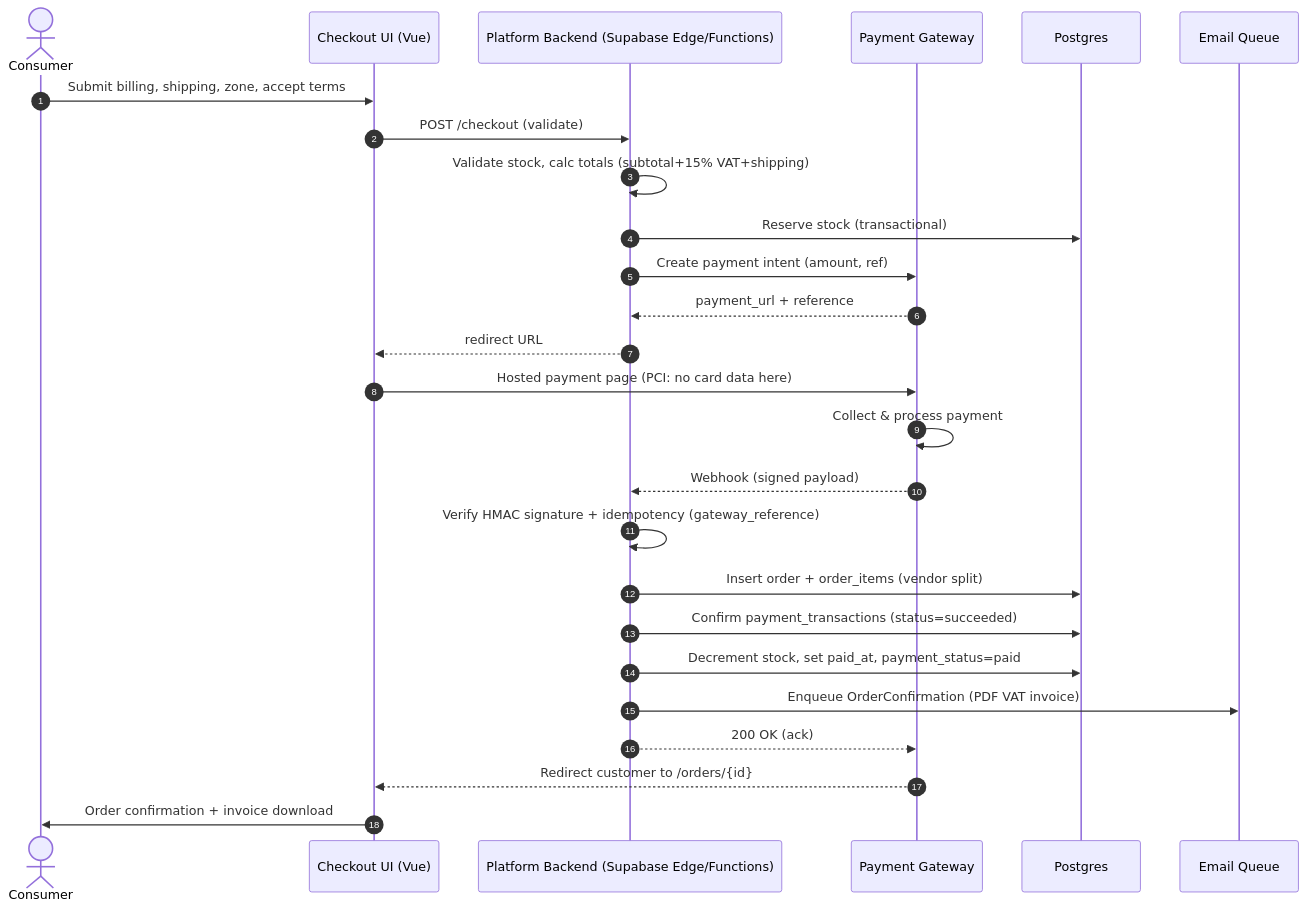
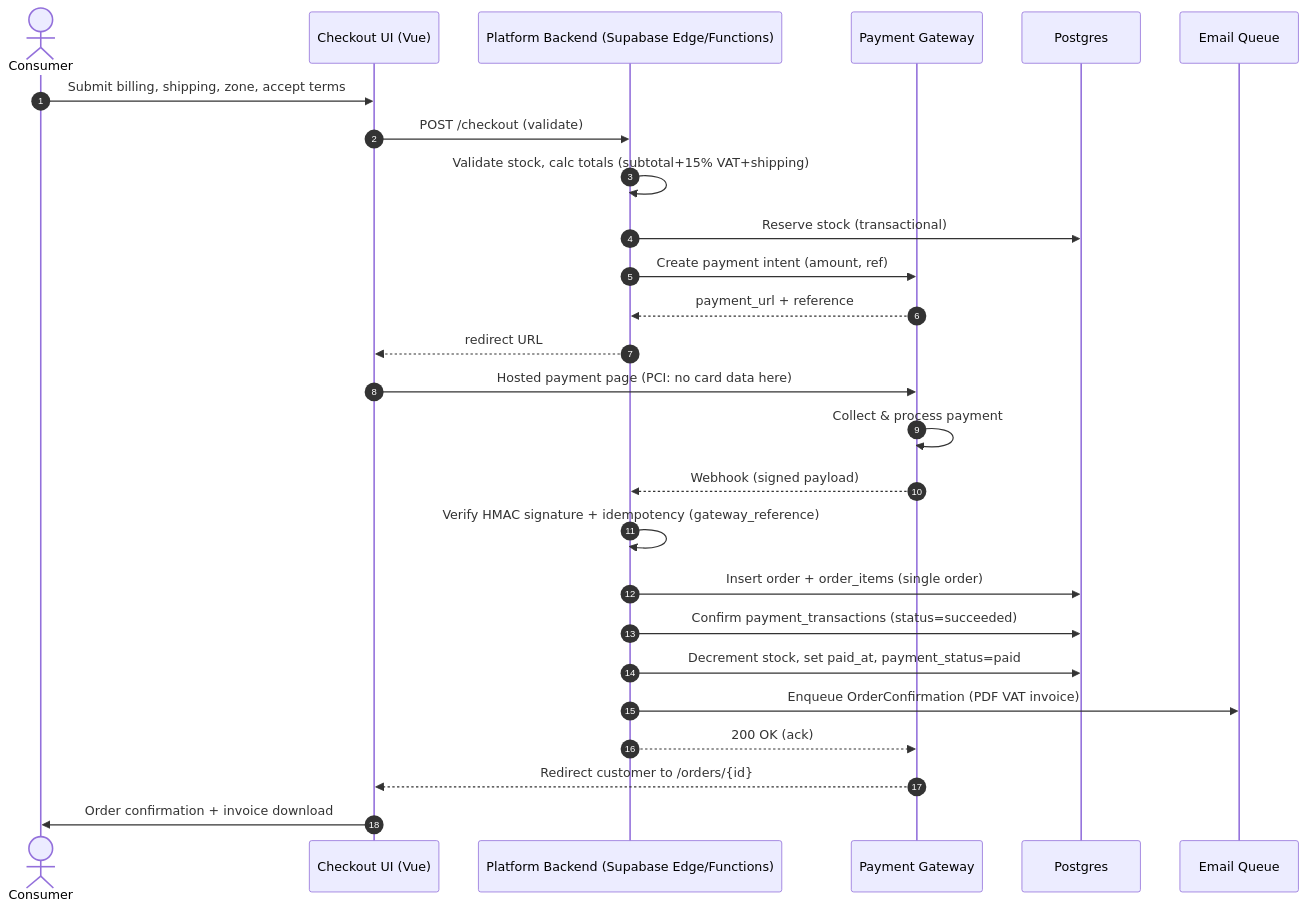
The third of 4 diagrams in uml/uml.md (Uvaancovie/south-african-furniture), drawn with Mermaid before and after one commit. The commit also changed other lines of this file and 3 other files, not shown here.

Commit message:
erd , functional , non requirements

````diff
--- a/uml/uml.md
+++ b/uml/uml.md
@@ -337,29 +294,29 @@
 ```mermaid
 sequenceDiagram
     autonumber
     actor C as Consumer
     participant FE as Checkout UI (Vue)
     participant API as Platform Backend (Supabase Edge/Functions)
     participant GW as Payment Gateway
     participant DB as Postgres
     participant Q as Email Queue
 
     C->>FE: Submit billing, shipping, zone, accept terms
     FE->>API: POST /checkout (validate)
     API->>API: Validate stock, calc totals (subtotal+15% VAT+shipping)
     API->>DB: Reserve stock (transactional)
     API->>GW: Create payment intent (amount, ref)
     GW-->>API: payment_url + reference
     API-->>FE: redirect URL
     FE->>GW: Hosted payment page (PCI: no card data here)
     GW->>GW: Collect & process payment
     GW-->>API: Webhook (signed payload)
     API->>API: Verify HMAC signature + idempotency (gateway_reference)
-    API->>DB: Insert order + order_items (vendor split)
+    API->>DB: Insert order + order_items (single order)
     API->>DB: Confirm payment_transactions (status=succeeded)
     API->>DB: Decrement stock, set paid_at, payment_status=paid
     API->>Q: Enqueue OrderConfirmation (PDF VAT invoice)
     API-->>GW: 200 OK (ack)
     GW-->>FE: Redirect customer to /orders/{id}
     FE->>C: Order confirmation + invoice download
 ```
````
